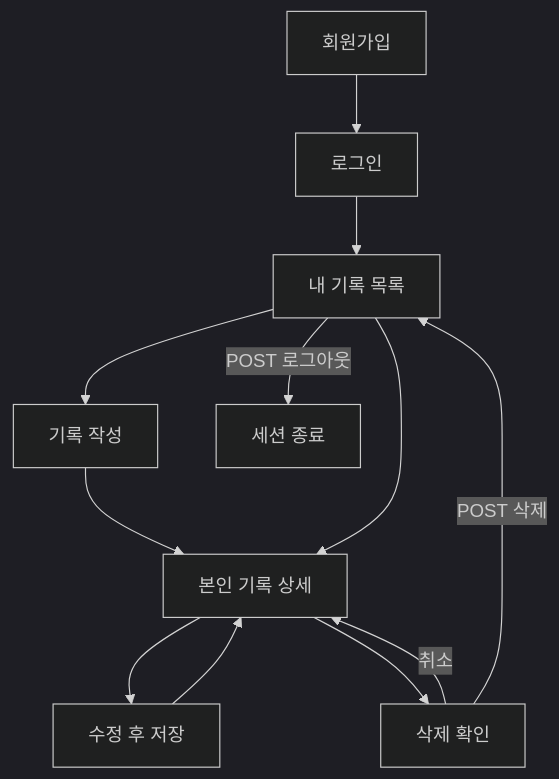
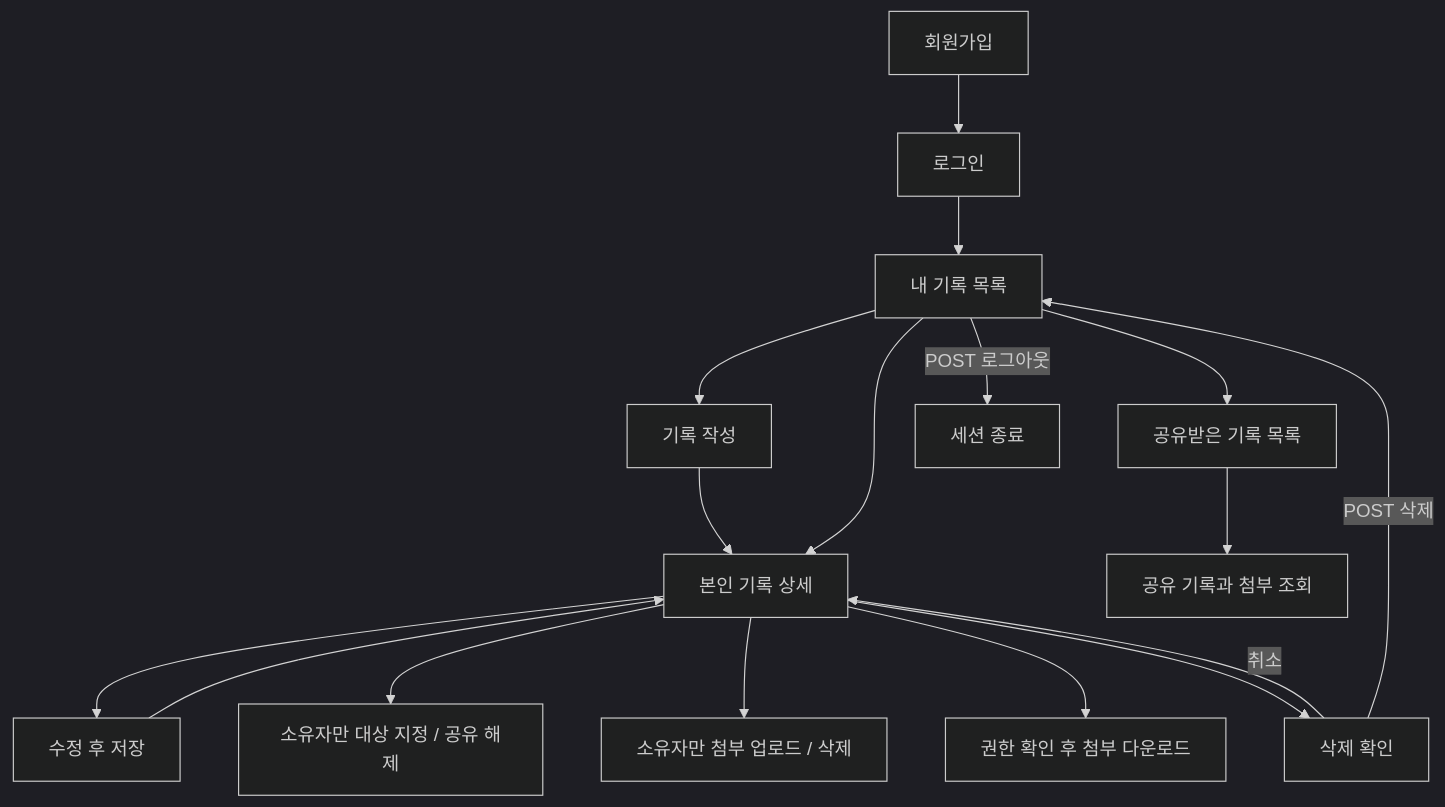
Before and after one commit to MinsooAhn02/Haven: the first of 7 diagrams in 기본프로젝트_계획.md, drawn with Mermaid (dark theme). The commit also changed other lines of this file and 7 other files, not shown here.

````diff
--- a/기본프로젝트_계획.md
+++ b/기본프로젝트_계획.md
@@ -53,14 +58,19 @@
 ```mermaid
 flowchart TD
     signup[회원가입] --> login[로그인]
     login --> list[내 기록 목록]
     list --> create[기록 작성]
     create --> detail[본인 기록 상세]
     list --> detail
     detail --> edit[수정 후 저장]
     edit --> detail
+    list --> received[공유받은 기록 목록]
+    received --> read[공유 기록과 첨부 조회]
+    detail --> sharing[소유자만 대상 지정 / 공유 해제]
+    detail --> upload[소유자만 첨부 업로드 / 삭제]
+    detail --> download[권한 확인 후 첨부 다운로드]
     detail --> confirm[삭제 확인]
     confirm -->|취소| detail
     confirm -->|POST 삭제| list
     list -->|POST 로그아웃| exit[세션 종료]
 ```
````
